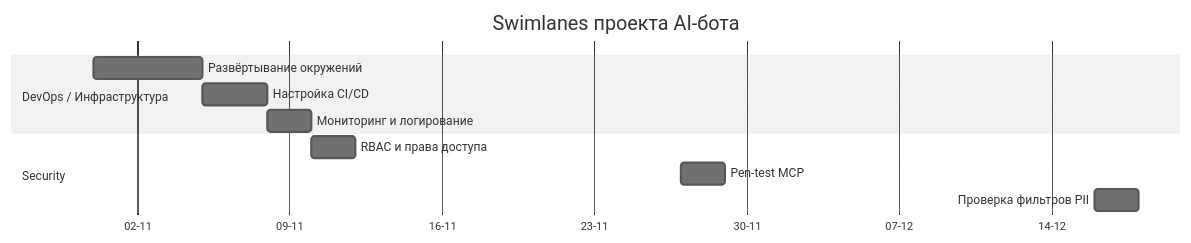
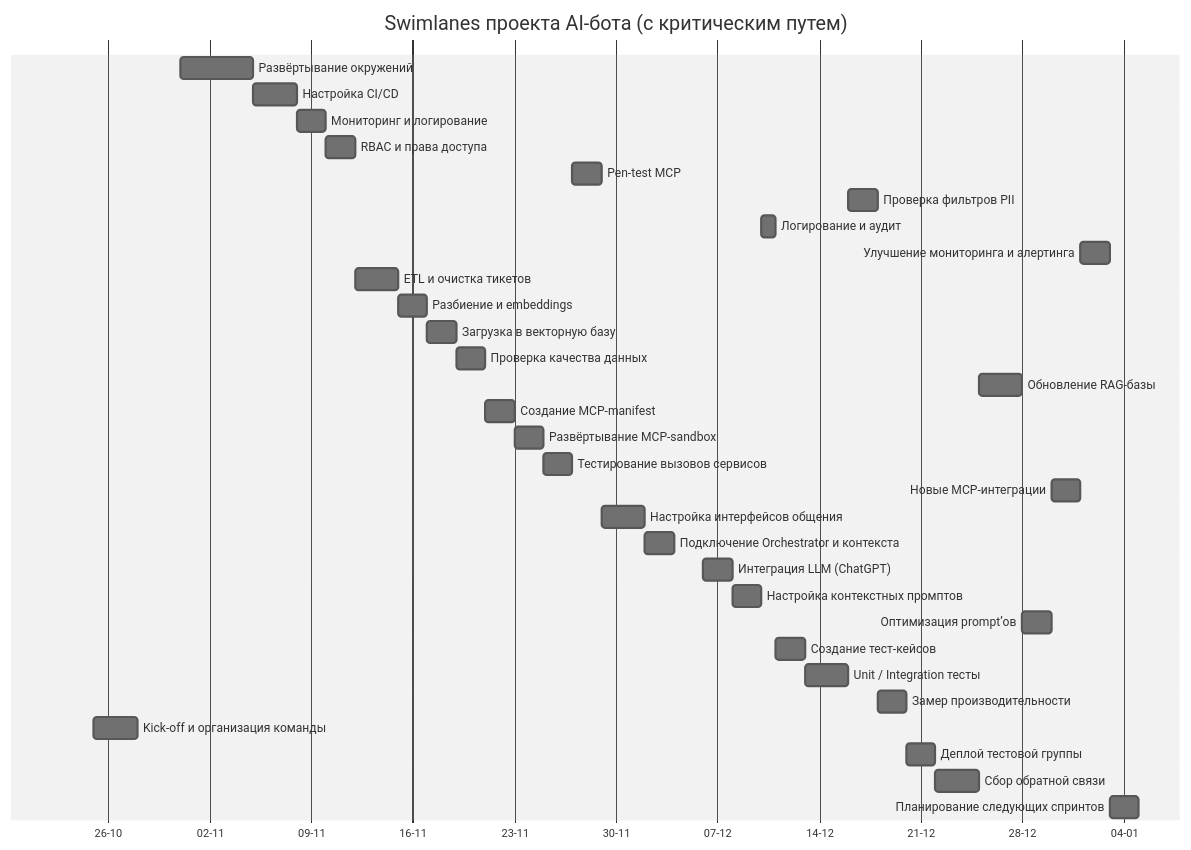
Before and after one commit to asdx278/obsidian: the diagram in 01_projects/AI agent/Roadmap проекта.md, drawn with Mermaid (neutral theme).

Commit message:
vault backup: 2025-10-24 02:07:45

````diff
--- a/01_projects/AI agent/Roadmap проекта.md
+++ b/01_projects/AI agent/Roadmap проекта.md
@@ -15,17 +15,57 @@
 ```mermaid
 gantt
-    title Swimlanes проекта AI-бота
+    title Swimlanes проекта AI-бота (с критическим путем)
     dateFormat  YYYY-MM-DD
     axisFormat  %d-%m
 
-    section DevOps / Инфраструктура
-    Развёртывание окружений :infra, 2025-10-31, 5d
-    Настройка CI/CD         :ci_cd, 2025-11-05, 3d
-    Мониторинг и логирование:monitor, 2025-11-08, 2d
+    %% DevOps / Инфраструктура
+    Развёртывание окружений        :infra, 2025-10-31, 5d
+    Настройка CI/CD                :ci_cd, 2025-11-05, 3d
+    Мониторинг и логирование       :monitor, 2025-11-08, 2d
+    %% Критический путь: infra -> ci_cd -> monitor -> security
 
-    section Security
-    RBAC и права доступа     :sec1, 2025-11-10, 2d
-    Pen-test MCP            :sec2, 2025-11-27, 2d
-    Проверка фильтров PII   :sec3, 2025-12-16, 2d
+    %% Security / Безопасность
+    RBAC и права доступа            :sec1, 2025-11-10, 2d
+    Pen-test MCP                   :sec2, 2025-11-27, 2d
+    Проверка фильтров PII          :sec3, 2025-12-16, 2d
+    Логирование и аудит            :sec4, 2025-12-10, 1d
+    Улучшение мониторинга и алертинга :sec5, 2026-01-01, 2d
+    %% Критический путь: sec1 -> bot2 -> bot3 -> qa1 -> deploy1
+
+    %% Data / RAG
+    ETL и очистка тикетов           :data1, 2025-11-12, 3d
+    Разбиение и embeddings          :data2, 2025-11-15, 2d
+    Загрузка в векторную базу       :data3, 2025-11-17, 2d
+    Проверка качества данных        :data4, 2025-11-19, 2d
+    Обновление RAG-базы             :data5, 2025-12-25, 3d
+    %% Критический путь: data1 -> data2 -> data3 -> data4 -> bot3
+
+    %% MCP / интеграции
+    Создание MCP-manifest            :mcp1, 2025-11-21, 2d
+    Развёртывание MCP-sandbox       :mcp2, 2025-11-23, 2d
+    Тестирование вызовов сервисов    :mcp3, 2025-11-25, 2d
+    Новые MCP-интеграции             :mcp4, 2025-12-30, 2d
+    %% Критический путь: mcp1 -> mcp2 -> mcp3 -> bot2
+
+    %% Dev / Ядро бота
+    Настройка интерфейсов общения     :dev1, 2025-11-29, 3d
+    Подключение Orchestrator и контекста :dev2, 2025-12-02, 2d
+    Интеграция LLM (ChatGPT)        :dev3, 2025-12-06, 2d
+    Настройка контекстных промптов   :dev4, 2025-12-08, 2d
+    Оптимизация prompt’ов            :dev5, 2025-12-28, 2d
+    %% Критический путь: dev1 -> dev2 -> dev3 -> dev4 -> sec4 -> qa1
+
+    %% QA / Тестирование
+    Создание тест-кейсов             :qa1, 2025-12-11, 2d
+    Unit / Integration тесты         :qa2, 2025-12-13, 3d
+    Замер производительности         :qa3, 2025-12-18, 2d
+    %% Критический путь: qa1 -> qa2 -> qa3 -> deploy1
+
+    %% MVP / Итерации
+    Kick-off и организация команды    :mvp1, 2025-10-25, 3d
+    Деплой тестовой группы           :mvp2, 2025-12-20, 2d
+    Сбор обратной связи              :mvp3, 2025-12-22, 3d
+    Планирование следующих спринтов  :mvp4, 2026-01-03, 2d
+    %% Критический путь: mvp2 -> mvp3 -> data5 / dev5
 
 ```
````
